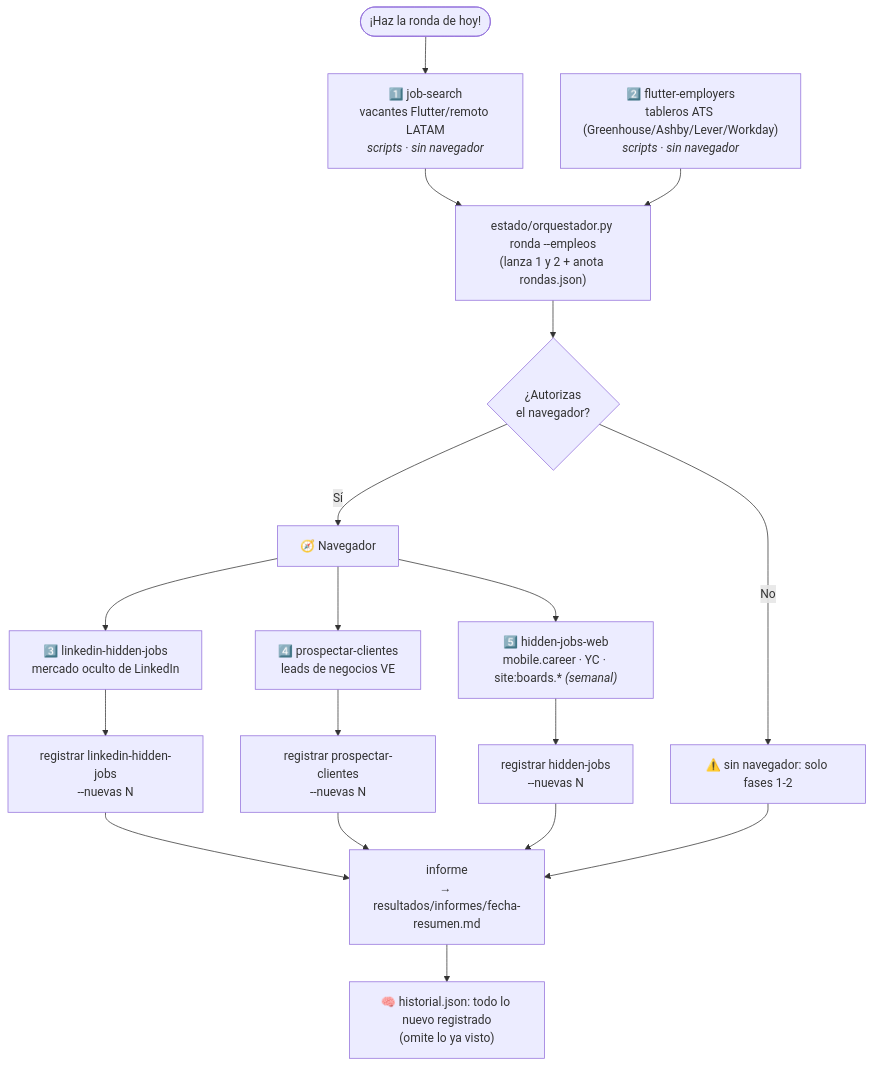
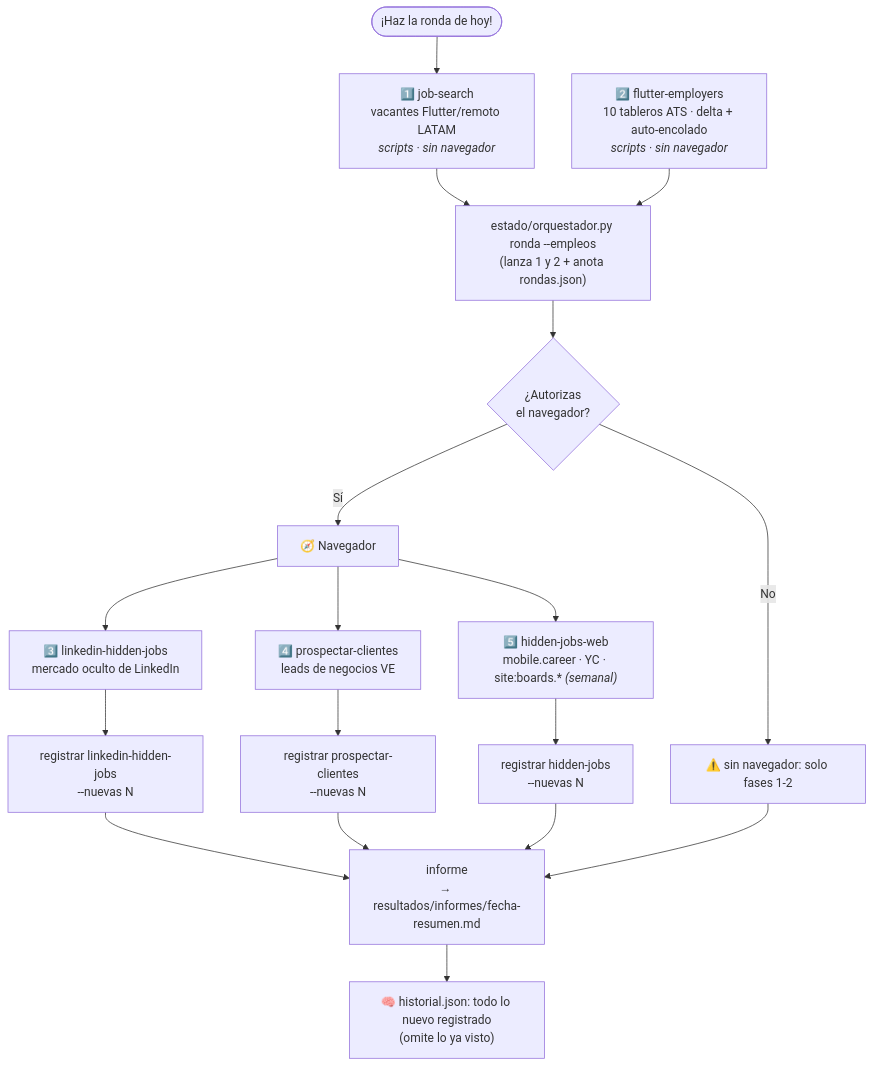
One commit to IDUCDEV/IDUCDEV-Asistente-Busqueda-Empleo-Clientes changed the second of 8 diagrams in docs/DIAGRAMAS.md. Above: the diagram before and after it, drawn with Mermaid. The commit also changed 15 other files, not shown here.

````diff
--- a/docs/DIAGRAMAS.md
+++ b/docs/DIAGRAMAS.md
@@ -49,27 +49,27 @@
 ```mermaid
 flowchart TD
     INICIO([¡Haz la ronda de hoy!]) --> PASO1
 
     PASO1["1️⃣ job-search<br/>vacantes Flutter/remoto LATAM<br/><i>scripts · sin navegador</i>"]
-    PASO2["2️⃣ flutter-employers<br/>tableros ATS (Greenhouse/Ashby/Lever/Workday)<br/><i>scripts · sin navegador</i>"]
+    PASO2["2️⃣ flutter-employers<br/>10 tableros ATS · delta + auto-encolado<br/><i>scripts · sin navegador</i>"]
 
     PASO1 & PASO2 --> ORQ["estado/orquestador.py ronda --empleos<br/>(lanza 1 y 2 + anota rondas.json)"]
 
     ORQ --> PREGUNTA{¿Autorizas<br/>el navegador?}
 
     PREGUNTA -- "No" --> ORACULO
     PREGUNTA -- "Sí" --> NAV["🧭 Navegador"]
 
     NAV --> H3["3️⃣ linkedin-hidden-jobs<br/>mercado oculto de LinkedIn"]
     NAV --> H4["4️⃣ prospectar-clientes<br/>leads de negocios VE"]
     NAV --> H5["5️⃣ hidden-jobs-web<br/>mobile.career · YC · site:boards.* <i>(semanal)</i>"]
 
     H3 --> REG3["registrar linkedin-hidden-jobs<br/>--nuevas N"]
     H4 --> REG4["registrar prospectar-clientes<br/>--nuevas N"]
     H5 --> REG5["registrar hidden-jobs<br/>--nuevas N"]
 
     ORACULO["⚠️ sin navegador: solo fases 1-2"]
 
     REG3 & REG4 & REG5 & ORACULO --> INFORME["informe<br/>→ resultados/informes/fecha-resumen.md"]
     INFORME --> DEDUP["🧠 historial.json: todo lo nuevo registrado<br/>(omite lo ya visto)"]
 ```
````
